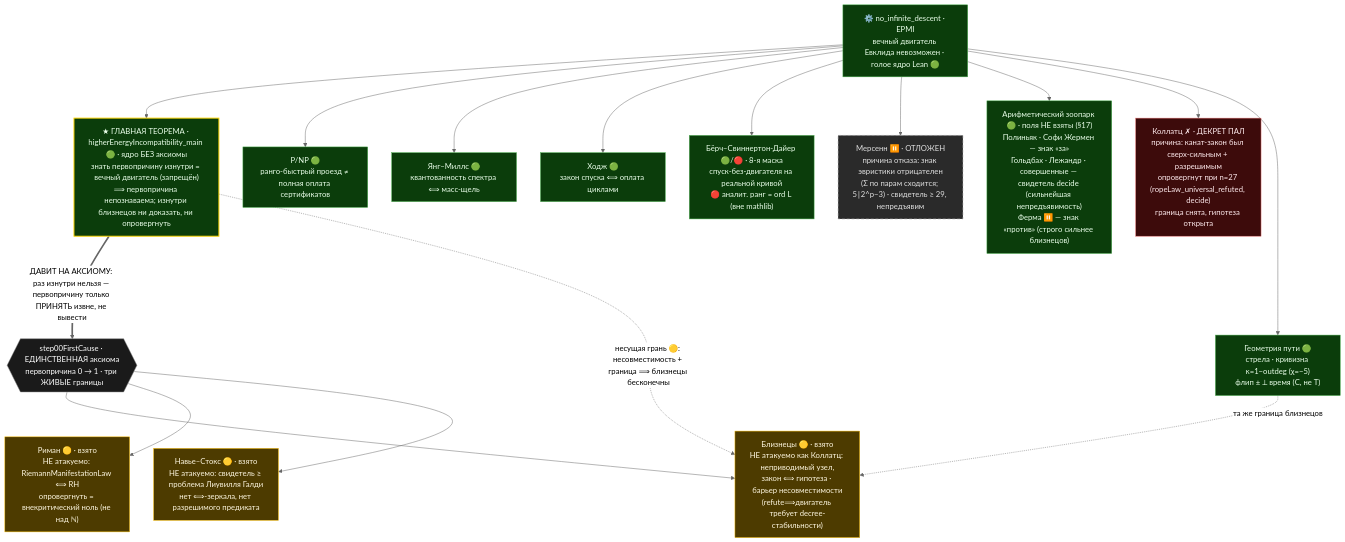
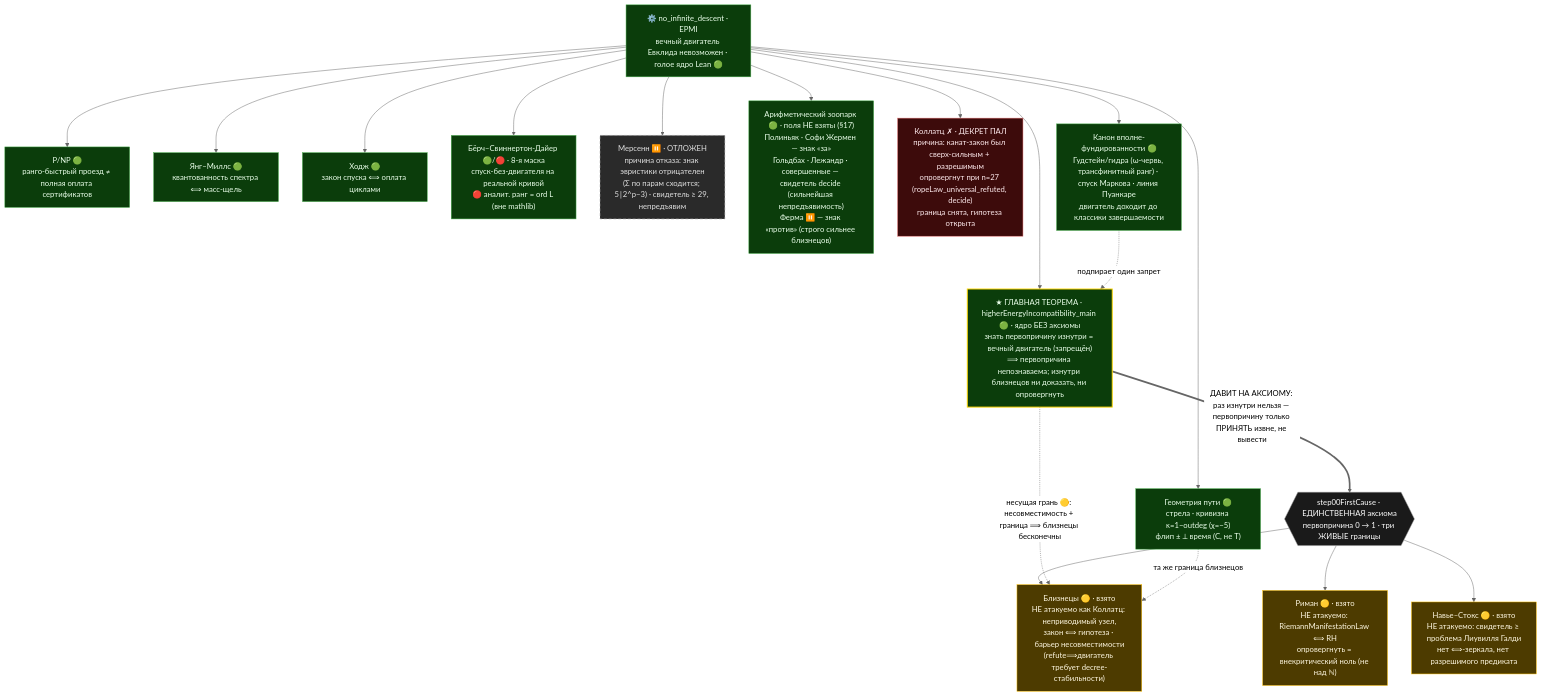
One commit to elamaunt/Euclids-path changed the diagram in README.ru.md. Above: the diagram before and after it, drawn with Mermaid (neutral theme). The commit also changed 3 other files, not shown here.

First line of the commit message:
Navigator graph: add the well-foundedness canon node (WF)

````diff
--- a/README.ru.md
+++ b/README.ru.md
@@ -76,38 +76,41 @@
 ```mermaid
 flowchart TD
     ROOT["⚙️ no_infinite_descent · EPMI<br/>вечный двигатель Евклида невозможен · голое ядро Lean 🟢"]
 
     ROOT --> MT["★ ГЛАВНАЯ ТЕОРЕМА · higherEnergyIncompatibility_main 🟢 · ядро БЕЗ аксиомы<br/>знать первопричину изнутри = вечный двигатель (запрещён)<br/>⟹ первопричина непознаваема; изнутри близнецов ни доказать, ни опровергнуть"]
     MT ==>|"ДАВИТ НА АКСИОМУ: раз изнутри нельзя — первопричину только ПРИНЯТЬ извне, не вывести"| FC{{"step00FirstCause · ЕДИНСТВЕННАЯ аксиома<br/>первопричина 0 → 1 · три ЖИВЫЕ границы"}}
 
     FC --> TP["Близнецы 🟡 · взято<br/>НЕ атакуемо как Коллатц: неприводимый узел,<br/>закон ⟺ гипотеза · барьер несовместимости<br/>(refute⟹двигатель требует decree-стабильности)"]
     FC --> RH["Риман 🟡 · взято<br/>НЕ атакуемо: RiemannManifestationLaw ⟺ RH<br/>опровергнуть = внекритический ноль (не над ℕ)"]
     FC --> NS["Навье–Стокс 🟡 · взято<br/>НЕ атакуемо: свидетель ≥ проблема Лиувилля Галди<br/>нет ⟺-зеркала, нет разрешимого предиката"]
     MT -.->|"несущая грань 🟡: несовместимость + граница ⟹ близнецы бесконечны"| TP
 
     ROOT --> PNP["P/NP 🟢<br/>ранго-быстрый проезд ≠ полная оплата сертификатов"]
     ROOT --> YM["Янг–Миллс 🟢<br/>квантованность спектра ⟺ масс-щель"]
     ROOT --> HC["Ходж 🟢<br/>закон спуска ⟺ оплата циклами"]
     ROOT --> BSD["Бёрч–Свиннертон-Дайер 🟢/🔴 · 8-я маска<br/>спуск-без-двигателя на реальной кривой<br/>🔴 аналит. ранг = ord L (вне mathlib)"]
 
     ROOT --> MP["Мерсенн ⏸️ · ОТЛОЖЕН<br/>причина отказа: знак эвристики отрицателен<br/>(Σ по парам сходится; 5∣2^p−3) · свидетель ≥ 29, непредъявим"]
     ROOT --> ZOO["Арифметический зоопарк 🟢 · поля НЕ взяты (§17)<br/>Полиньяк · Софи Жермен — знак «за»<br/>Гольдбах · Лежандр · совершенные — свидетель decide (сильнейшая непредъявимость)<br/>Ферма ⏸️ — знак «против» (строго сильнее близнецов)"]
 
     ROOT --> CL["Коллатц ✗ · ДЕКРЕТ ПАЛ<br/>причина: канат-закон был сверх-сильным + разрешимым<br/>опровергнут при n=27 (ropeLaw_universal_refuted, decide)<br/>граница снята, гипотеза открыта"]
 
     ROOT --> GEO["Геометрия пути 🟢<br/>стрела · кривизна κ=1−outdeg (χ=−5)<br/>флип ± ⟂ время (C, не T)"]
     GEO -. та же граница близнецов .-> TP
 
+    ROOT --> WF["Канон вполне-фундированности 🟢<br/>Гудстейн/гидра (ω-червь, трансфинитный ранг) · спуск Маркова · линия Пуанкаре<br/>двигатель доходит до классики завершаемости"]
+    WF -. подпирает один запрет .-> MT
+
     classDef green fill:#0b3d0b,stroke:#4caf50,color:#eaffea;
     classDef apex fill:#0b3d0b,stroke:#ffd700,stroke-width:2px,color:#eaffea;
     classDef yellow fill:#4d3b00,stroke:#ffc107,color:#fff8e1;
     classDef deferred fill:#2a2a2a,stroke:#9e9e9e,color:#e0e0e0,stroke-dasharray: 6 4;
     classDef fallen fill:#3d0b0b,stroke:#e57373,color:#ffebee;
     classDef rootnode fill:#1a1a1a,stroke:#888,color:#ffffff;
-    class ROOT,PNP,YM,HC,BSD,ZOO,GEO green;
+    class ROOT,PNP,YM,HC,BSD,ZOO,GEO,WF green;
     class MT apex;
     class TP,RH,NS yellow;
     class MP deferred;
     class CL fallen;
     class FC rootnode;
 ```
````
